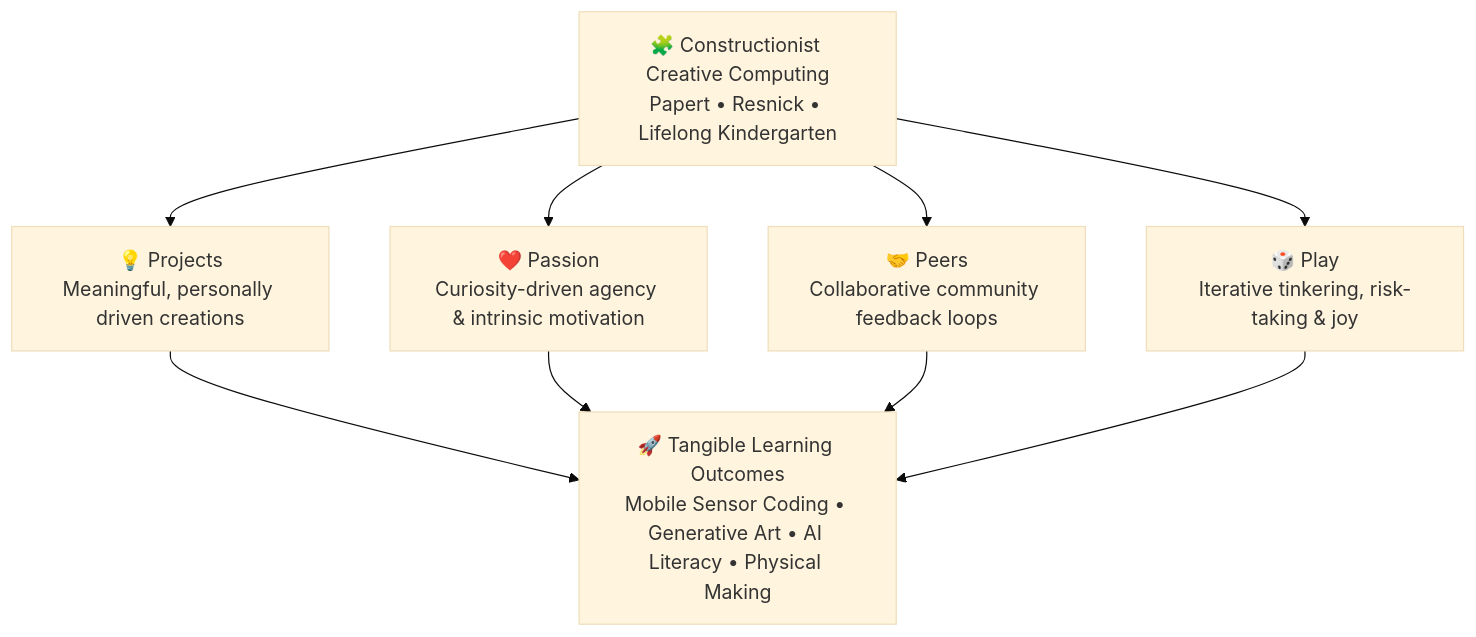
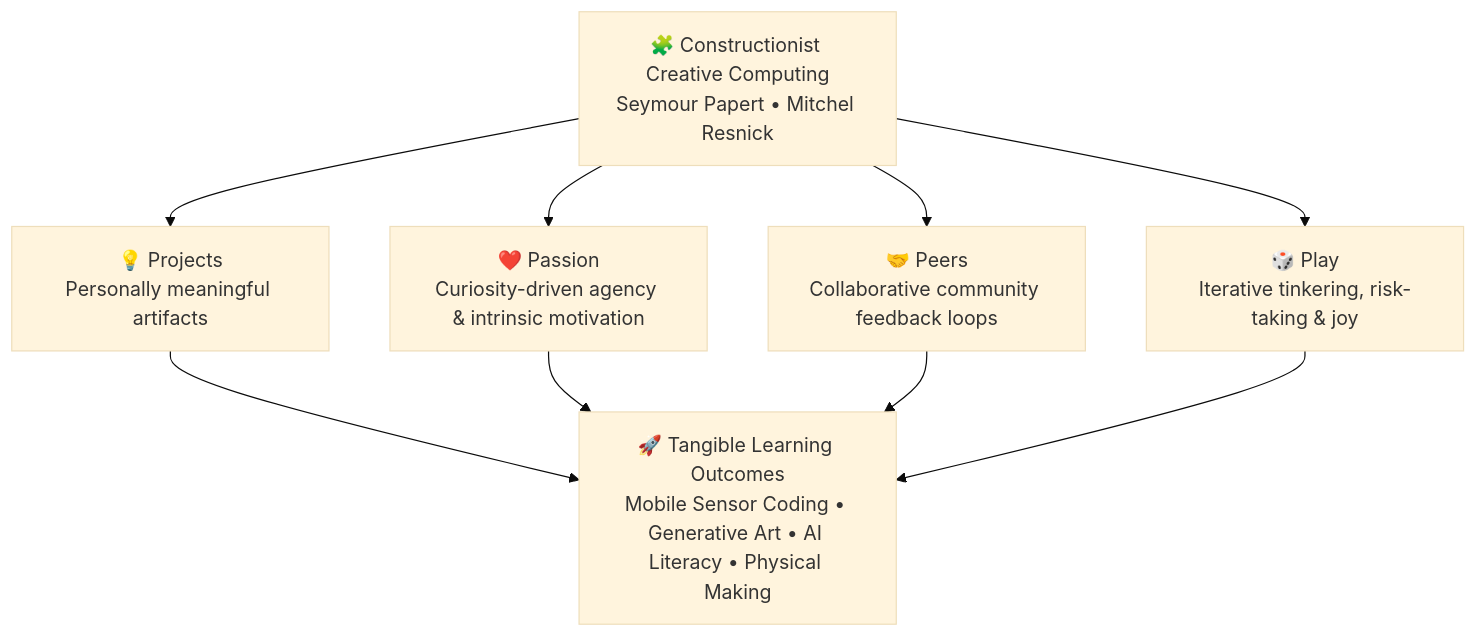
One commit to dhamodharankkp-oss/dhamodharan-kkp changed the diagram in projects/tinkering/turtle-art/turtle-art.md. Above: the diagram before and after it, drawn with Mermaid (base theme). The commit also changed other lines of this file and 10 other files, not shown here.

Commit message:
Update Tinkering & Creative Coding and Instructables hubs with rich project summaries, diagrams, and assets from Instructables

````diff
--- a/projects/tinkering/turtle-art/turtle-art.md
+++ b/projects/tinkering/turtle-art/turtle-art.md
@@ -46,8 +66,8 @@
 ```mermaid
 flowchart TD
-    A["🧩 Constructionist Creative Computing<br>Papert • Resnick • Lifelong Kindergarten"] --> B1["💡 Projects<br>Meaningful, personally driven creations"]
+    A["🧩 Constructionist Creative Computing<br>Seymour Papert • Mitchel Resnick"] --> B1["💡 Projects<br>Personally meaningful artifacts"]
     A --> B2["❤️ Passion<br>Curiosity-driven agency & intrinsic motivation"]
     A --> B3["🤝 Peers<br>Collaborative community feedback loops"]
     A --> B4["🎲 Play<br>Iterative tinkering, risk-taking & joy"]
     B1 & B2 & B3 & B4 --> C["🚀 Tangible Learning Outcomes<br>Mobile Sensor Coding • Generative Art • AI Literacy • Physical Making"]
 ```
````
